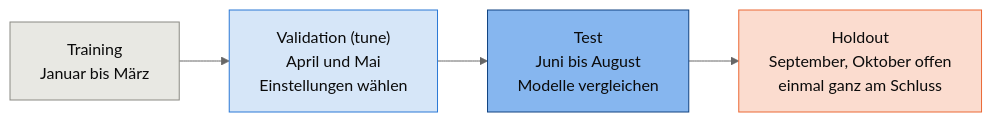
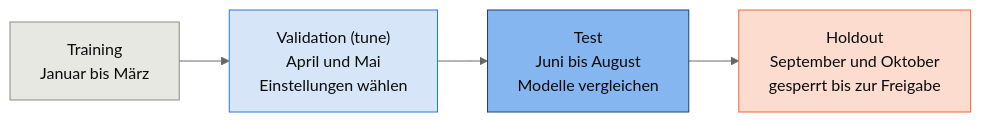
The first of 2 diagrams in docs/training_pipeline.md (ibidreli/energy_price_prediction), drawn with Mermaid (neutral theme) before and after one commit. The commit also changed other lines of this file and 2 other files, not shown here.

````diff
--- a/docs/training_pipeline.md
+++ b/docs/training_pipeline.md
@@ -3,18 +3,18 @@
 ```mermaid
 flowchart LR
     TRAIN["Training<br/>Januar bis März"]
     VAL["Validation (tune)<br/>April und Mai<br/>Einstellungen wählen"]
     TEST["Test<br/>Juni bis August<br/>Modelle vergleichen"]
-    HOLD["Holdout<br/>September, Oktober offen<br/>einmal ganz am Schluss"]
+    HOLD["Holdout<br/>September und Oktober<br/>gesperrt bis zur Freigabe"]
 
     TRAIN --> VAL --> TEST --> HOLD
 
     classDef train fill:#e8e8e3,stroke:#8a8983,color:#0b0b0b
     classDef val fill:#d6e6f8,stroke:#2a78d6,color:#0b0b0b
     classDef test fill:#86b6ef,stroke:#104281,color:#0b0b0b
     classDef hold fill:#fbdccf,stroke:#eb6834,color:#0b0b0b
     class TRAIN train
     class VAL val
     class TEST test
     class HOLD hold
 ```
````
